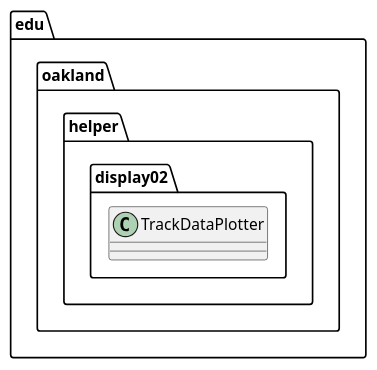
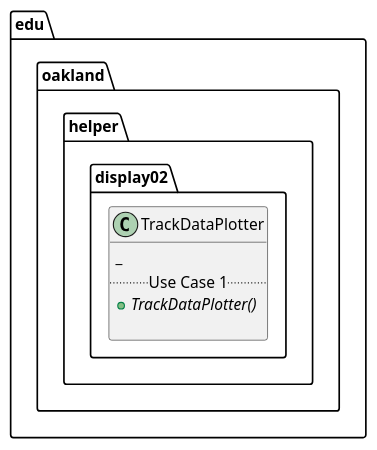
Before and after one commit to andrewdimmer/csi-3370-software-project: the diagram in docs/uml-class-diagrams/display02/helper/TrackDataPlotter/TrackDataPlotter.puml, drawn with PlantUML.

```diff
--- a/docs/uml-class-diagrams/display02/helper/TrackDataPlotter/TrackDataPlotter.puml
+++ b/docs/uml-class-diagrams/display02/helper/TrackDataPlotter/TrackDataPlotter.puml
@@ -1,9 +1,12 @@
 @startuml TrackDataPlotter
 
 package edu.oakland.helper.display02 {
     class TrackDataPlotter {
-        
+    _
+    .. Use Case 1 ..
+    {abstract} + TrackDataPlotter()   
+    
     }
 }
 
 @enduml
```
